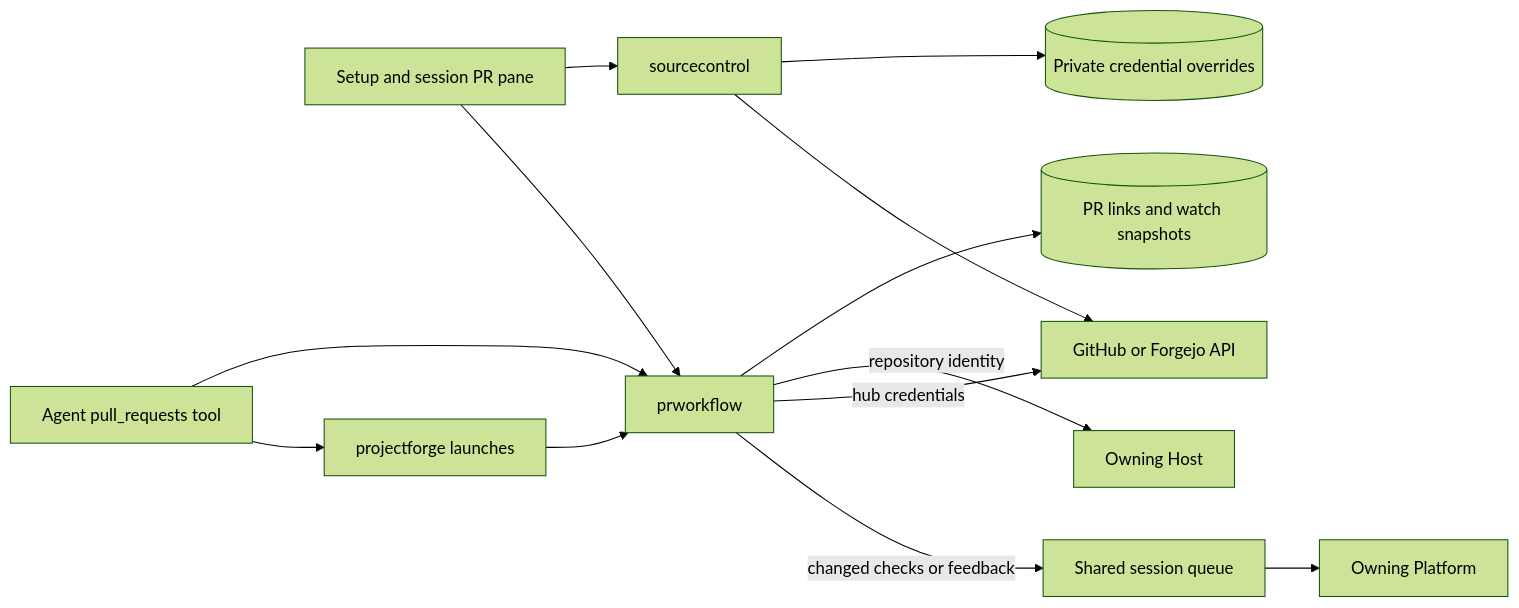
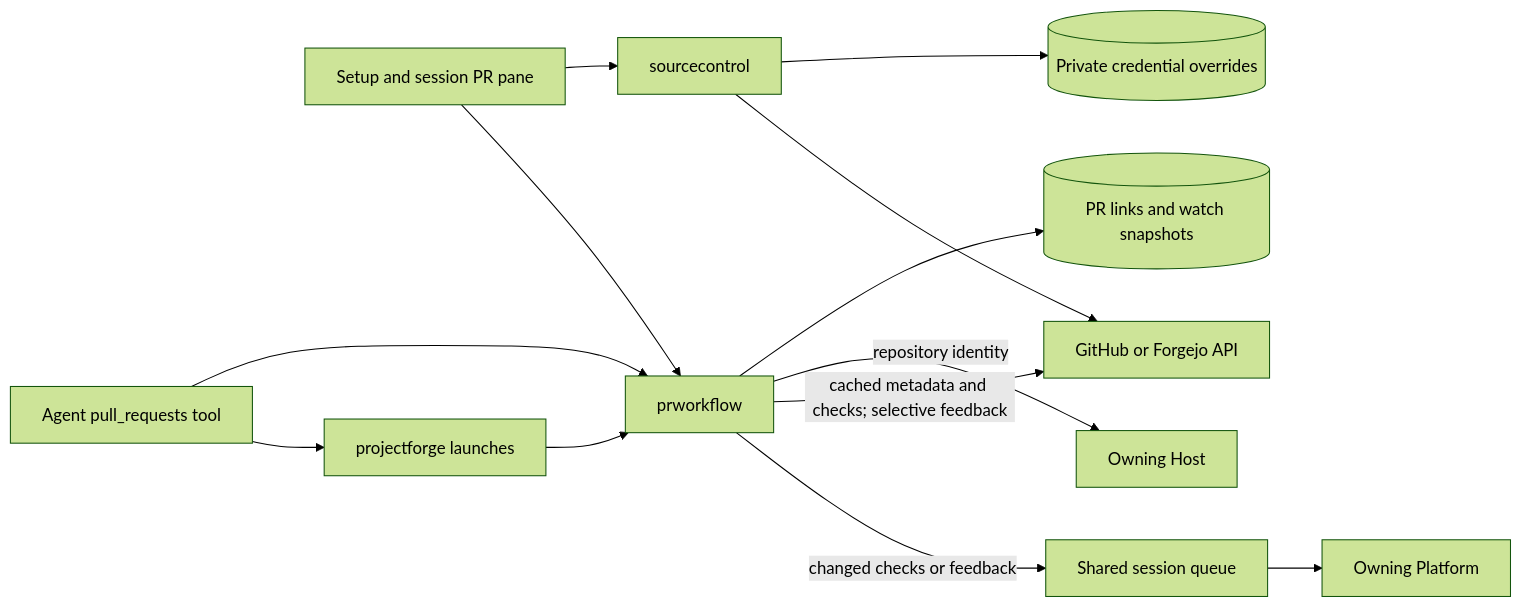
The fifth of 21 diagrams in docs/other/architecture.md (ocman/ocman), drawn with Mermaid (forest theme) before and after one commit. The commit also changed other lines of this file and 18 other files, not shown here.

````diff
--- a/docs/other/architecture.md
+++ b/docs/other/architecture.md
@@ -155,15 +155,15 @@
 ```mermaid
 flowchart LR
     UI[Setup and session PR pane] --> Setup[sourcecontrol]
     UI --> Workflow[prworkflow]
     MCP[Agent pull_requests tool] --> Workflow
     MCP --> Launch
     Launch[projectforge launches] --> Workflow
     Setup --> Credentials[(Private credential overrides)]
     Workflow --> Links[(PR links and watch snapshots)]
     Workflow -->|repository identity| Host[Owning Host]
-    Workflow -->|hub credentials| Forge[GitHub or Forgejo API]
+    Workflow -->|cached metadata and checks; selective feedback| Forge[GitHub or Forgejo API]
     Setup --> Forge
     Workflow -->|changed checks or feedback| Queue[Shared session queue]
     Queue --> Platform[Owning Platform]
 ```
````
